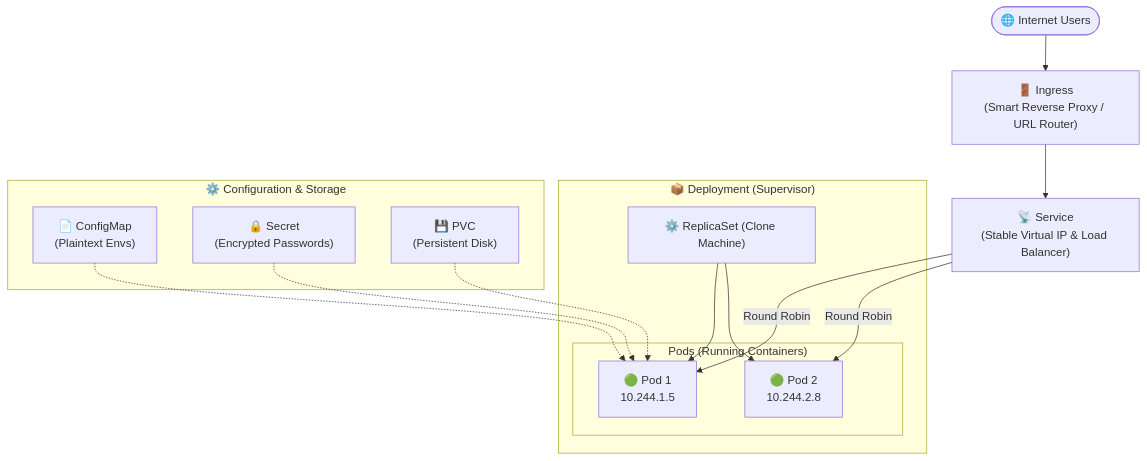
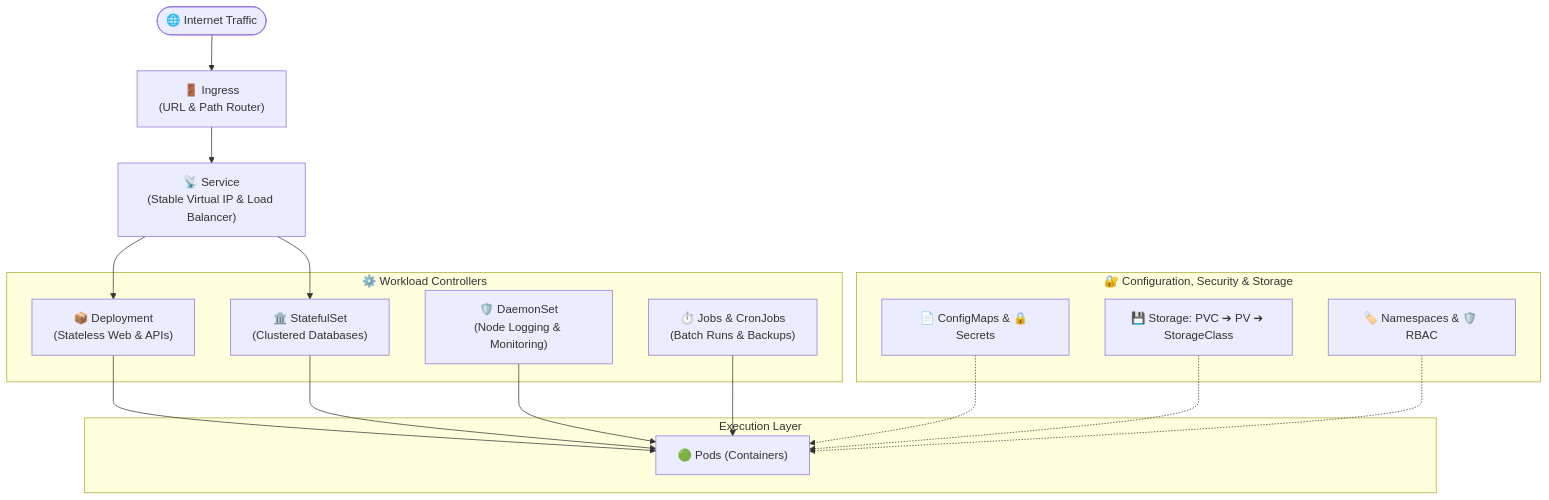
The diagram in README.md (guruhemanth/kubernetes), drawn with Mermaid before and after one commit. The commit also changed other lines of this file and 10 other files, not shown here.

Commit message:
docs: add comprehensive deep-dive guides and visual diagrams for all 10 core kubernetes resources

````diff
--- a/README.md
+++ b/README.md
@@ -31,29 +11,34 @@
 ```mermaid
 flowchart TD
-    User(["🌐 Internet Users"]) --> Ingress["🚪 Ingress<br/>(Smart Reverse Proxy / URL Router)"]
-    Ingress --> Service["📡 Service<br/>(Stable Virtual IP & Load Balancer)"]
+    User(["🌐 Internet Traffic"]) --> Ingress["🚪 Ingress<br/>(URL & Path Router)"]
+    Ingress --> Svc["📡 Service<br/>(Stable Virtual IP & Load Balancer)"]
     
-    subgraph DeploymentBox["📦 Deployment (Supervisor)"]
-        RS["⚙️ ReplicaSet (Clone Machine)"]
-        
-        subgraph PodsGroup["Pods (Running Containers)"]
-            Pod1["🟢 Pod 1<br/>10.244.1.5"]
-            Pod2["🟢 Pod 2<br/>10.244.2.8"]
-        end
-        RS --> Pod1
-        RS --> Pod2
+    subgraph Workloads["⚙️ Workload Controllers"]
+        Deploy["📦 Deployment<br/>(Stateless Web & APIs)"]
+        STS["🏛️ StatefulSet<br/>(Clustered Databases)"]
+        DS["🛡️ DaemonSet<br/>(Node Logging & Monitoring)"]
+        Jobs["⏱️ Jobs & CronJobs<br/>(Batch Runs & Backups)"]
     end
     
-    Service -->|Round Robin| Pod1
-    Service -->|Round Robin| Pod2
+    Svc --> Deploy
+    Svc --> STS
+    
+    subgraph PodsExecution["Execution Layer"]
+        Pod1["🟢 Pods (Containers)"]
+    end
+    
+    Deploy --> Pod1
+    STS --> Pod1
+    DS --> Pod1
+    Jobs --> Pod1
 
-    subgraph ConfigStorage["⚙️ Configuration & Storage"]
-        CM["📄 ConfigMap<br/>(Plaintext Envs)"]
-        SEC["🔒 Secret<br/>(Encrypted Passwords)"]
-        PVC["💾 PVC<br/>(Persistent Disk)"]
+    subgraph SecurityStorage["🔐 Configuration, Security & Storage"]
+        Config["📄 ConfigMaps & 🔒 Secrets"]
+        Storage["💾 Storage: PVC ➔ PV ➔ StorageClass"]
+        RBAC["🏷️ Namespaces & 🛡️ RBAC"]
     end
 
-    CM -.-> Pod1
-    SEC -.-> Pod1
-    PVC -.-> Pod1
+    Config -.-> Pod1
+    Storage -.-> Pod1
+    RBAC -.-> Pod1
 ```
````
